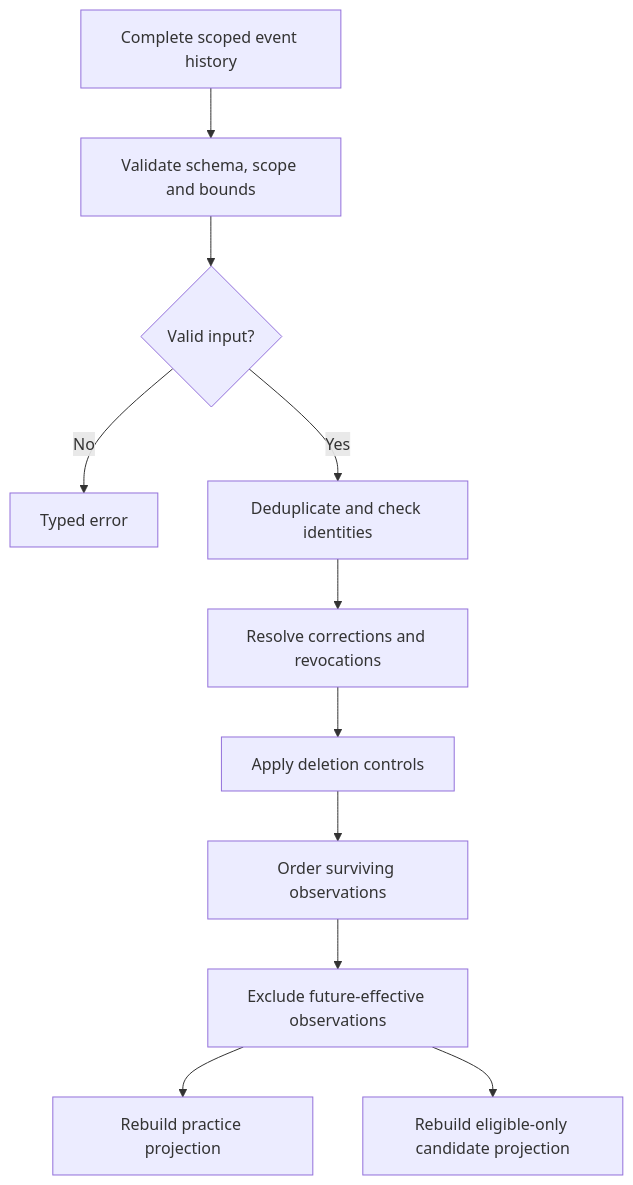
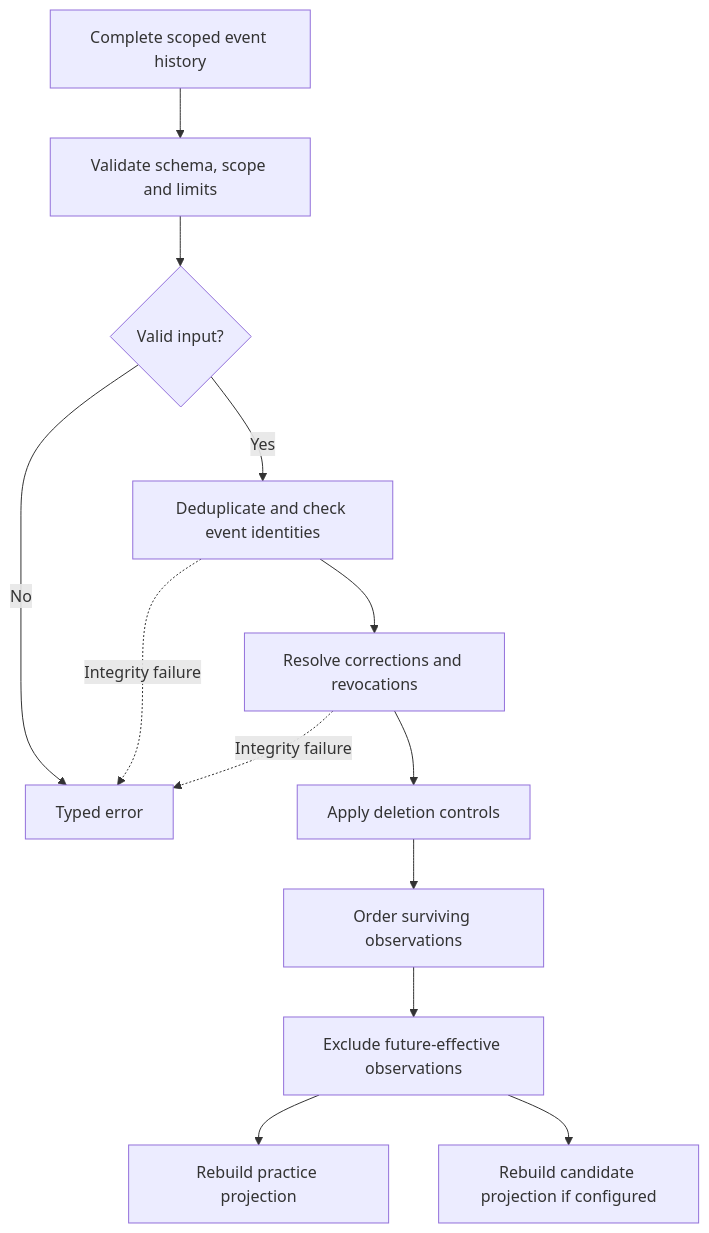
Before and after one commit to 0xbuffdev/retention: the second of 3 diagrams in README.md, drawn with Mermaid. The commit also changed other lines of this file, not shown here.

````diff
--- a/README.md
+++ b/README.md
@@ -81,13 +78,15 @@
 ```mermaid
 flowchart TD
-    A["Complete scoped event history"] --> B["Validate schema, scope and bounds"]
+    A["Complete scoped event history"] --> B["Validate schema, scope and limits"]
     B --> C{"Valid input?"}
     C -->|No| X["Typed error"]
-    C -->|Yes| D["Deduplicate and check identities"]
+    C -->|Yes| D["Deduplicate and check event identities"]
     D --> E["Resolve corrections and revocations"]
     E --> F["Apply deletion controls"]
     F --> G["Order surviving observations"]
     G --> H["Exclude future-effective observations"]
     H --> I["Rebuild practice projection"]
-    H --> J["Rebuild eligible-only candidate projection"]
+    H --> J["Rebuild candidate projection if configured"]
+    D -. Integrity failure .-> X
+    E -. Integrity failure .-> X
 ```
````
